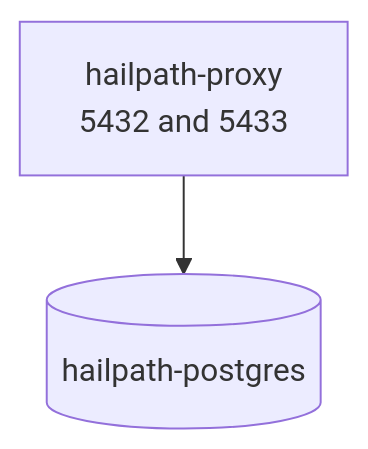
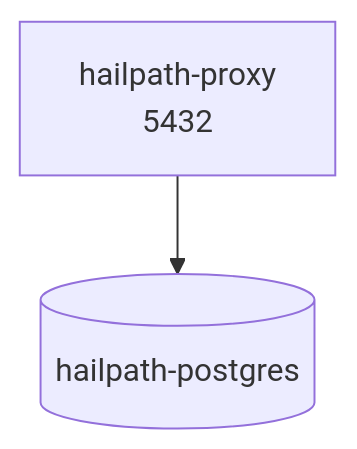
The fifth of 9 diagrams in README.md (bahman-farhadian/Meanul-Data-Studio), drawn with Mermaid before and after one commit. The commit also changed other lines of this file and 31 other files, not shown here.

````diff
--- a/README.md
+++ b/README.md
@@ -296,7 +298,7 @@
 ```mermaid
 graph TB
-    HAP["hailpath-proxy<br/>5432 and 5433"]
+    HAP["hailpath-proxy<br/>5432"]
     PG[("hailpath-postgres")]
 
     HAP --> PG
 ```
````
